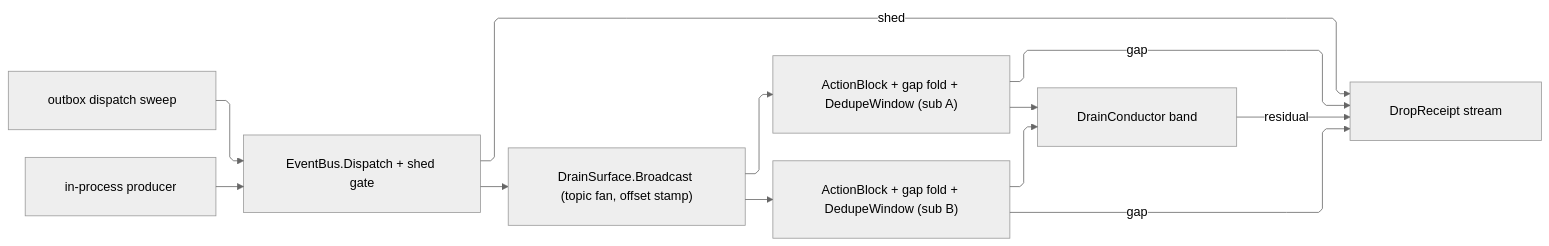
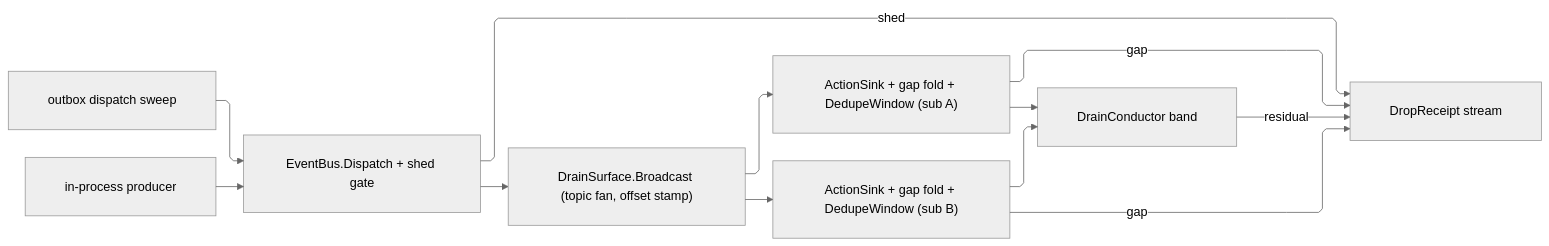
One commit to bsamiee/Rasm changed the diagram in libs/csharp/Rasm.AppHost/.planning/Wire/topics.md. Above: the diagram before and after it, drawn with Mermaid (neutral theme). The commit also changed other lines of this file and 818 other files, not shown here.

````diff
--- a/libs/csharp/Rasm.AppHost/.planning/Wire/topics.md
+++ b/libs/csharp/Rasm.AppHost/.planning/Wire/topics.md
@@ -306,23 +367,23 @@
 ```mermaid
 ---
 config:
   layout: elk
   flowchart:
     curve: linear
     padding: 25
 ---
 flowchart LR
     accTitle: One topic fan, one waiting room per subscription, loss receipted at both ends
-    accDescr: A DomainEvent enters EventBus.Dispatch from the outbox dispatch sweep or an in-process producer; the degradation shed gate either mints a Shed drop receipt or hands the event to the topic fan, which stamps the topic's next dense offset through the drain-surface broadcast builder; each subscription is one bounded ActionBlock seated directly as a fan sink, folding the arriving offset into its seat and minting a Missed drop receipt for any gap before the composed dedupe window admits the event; the bus drains under the runtime conductor, which compares the head cursor against each seat and mints the residual Missed receipt for tail loss.
+    accDescr: A DomainEvent enters EventBus.Dispatch from the outbox dispatch sweep or an in-process producer; the degradation shed gate either mints a Shed drop receipt or hands the event to the topic fan, which stamps the topic's next dense offset through the drain-surface broadcast builder; each subscription is one bounded consumer sink seated directly as a fan sink, folding the arriving offset into its seat and minting a Missed drop receipt for any gap before the composed dedupe window admits the event; the bus drains under the runtime conductor, which compares the head cursor against each seat and mints the residual Missed receipt for tail loss.
     Sweep["outbox dispatch sweep"] --> Dispatch
     Producer["in-process producer"] --> Dispatch
     Dispatch["EventBus.Dispatch + shed gate"] --> Fan["DrainSurface.Broadcast (topic fan, offset stamp)"]
     Dispatch -- shed --> Drops["DropReceipt stream"]
-    Fan --> Act1["ActionBlock + gap fold + DedupeWindow (sub A)"]
-    Fan --> Act2["ActionBlock + gap fold + DedupeWindow (sub B)"]
+    Fan --> Act1["ActionSink + gap fold + DedupeWindow (sub A)"]
+    Fan --> Act2["ActionSink + gap fold + DedupeWindow (sub B)"]
     Act1 -- gap --> Drops
     Act2 -- gap --> Drops
     Act1 --> Drain["DrainConductor band"]
     Act2 --> Drain
     Drain -- residual --> Drops
 ```
````
